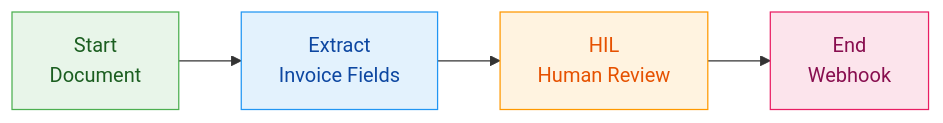
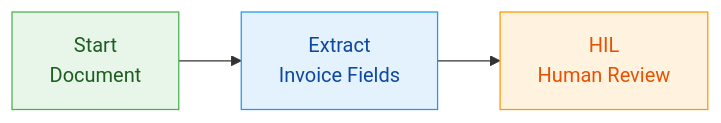
One commit to retab-dev/docs changed the first of 2 diagrams in workflows/Workflows.mdx. Above: the diagram before and after it, drawn with Mermaid. The commit also changed other lines of this file and 12 other files, not shown here.

````diff
--- a/workflows/Workflows.mdx
+++ b/workflows/Workflows.mdx
@@ -285,11 +271,9 @@
 ```mermaid
 flowchart LR
     A[Start\nDocument] --> B[Extract\nInvoice Fields]
     B --> C[HIL\nHuman Review]
-    C --> D[End\nWebhook]
 
     style A fill:#e8f5e9,stroke:#4caf50,color:#1b5e20
     style B fill:#e3f2fd,stroke:#2196f3,color:#0d47a1
     style C fill:#fff3e0,stroke:#ff9800,color:#e65100
-    style D fill:#fce4ec,stroke:#e91e63,color:#880e4f
 ```
````
